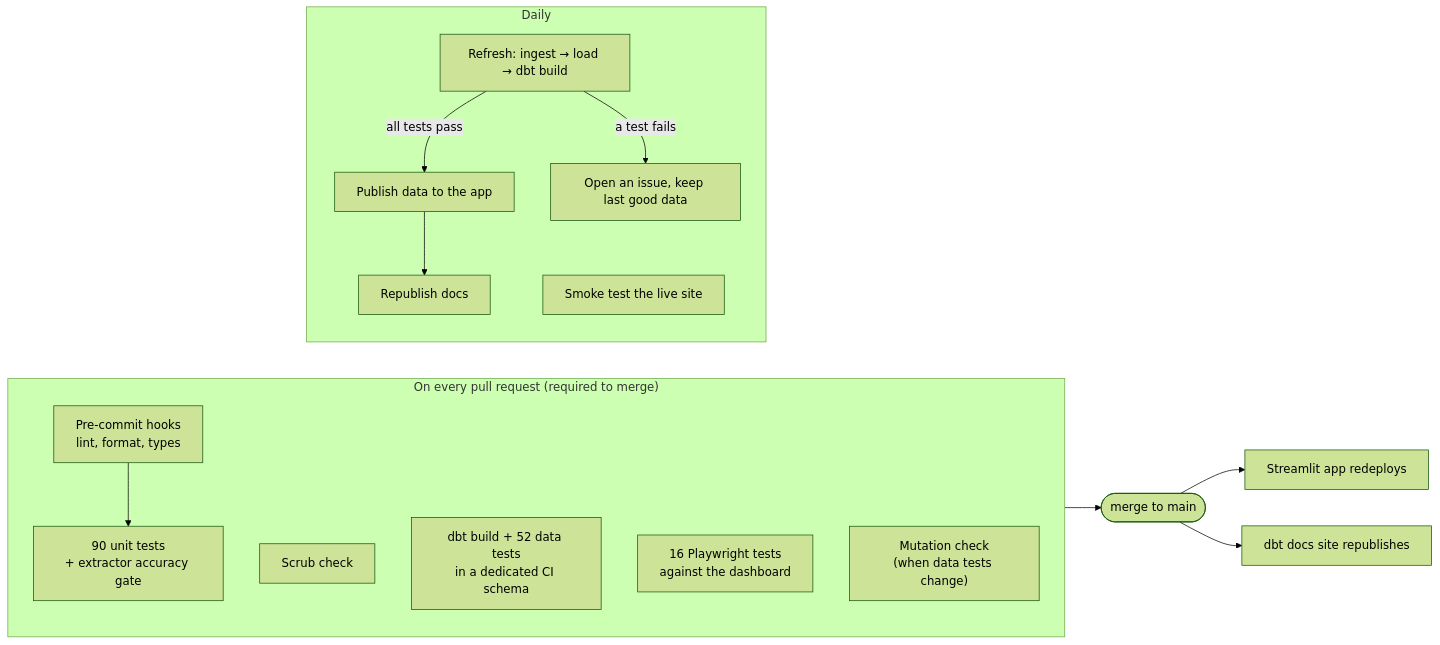
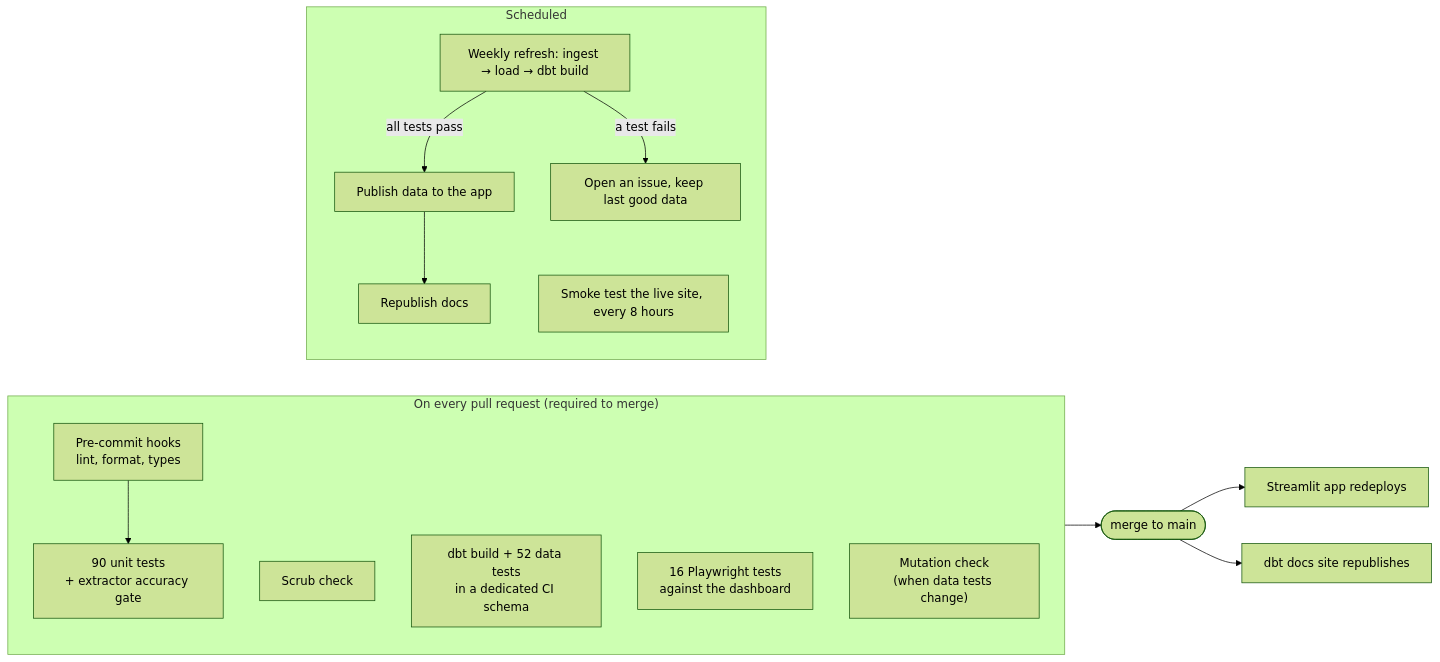
Before and after one commit to wacsvn/hiring-market-pulse: the second of 3 diagrams in README.md, drawn with Mermaid (forest theme). The commit also changed other lines of this file and 7 other files, not shown here.

First line of the commit message:
fix: create the data folder for the DuckDB fallback; refresh weekly

````diff
--- a/README.md
+++ b/README.md
@@ -174,21 +174,21 @@
 ```mermaid
 flowchart LR
   subgraph PR["On every pull request (required to merge)"]
     direction TB
     L["Pre-commit hooks<br/>lint, format, types"] --> U["90 unit tests<br/>+ extractor accuracy gate"]
     S[Scrub check]
     D["dbt build + 52 data tests<br/>in a dedicated CI schema"]
     E["16 Playwright tests<br/>against the dashboard"]
     M["Mutation check<br/>(when data tests change)"]
   end
   PR --> MERGE([merge to main])
   MERGE --> APP[Streamlit app redeploys]
   MERGE --> DOCS[dbt docs site republishes]
-  subgraph DAILY["Daily"]
+  subgraph SCHEDULED["Scheduled"]
     direction TB
-    R["Refresh: ingest → load → dbt build"] -->|all tests pass| PUB[Publish data to the app]
+    R["Weekly refresh: ingest → load → dbt build"] -->|all tests pass| PUB[Publish data to the app]
     R -->|a test fails| ISS[Open an issue, keep last good data]
     PUB --> DOCS2[Republish docs]
-    SMOKE[Smoke test the live site]
+    SMOKE[Smoke test the live site, every 8 hours]
   end
 ```
````
